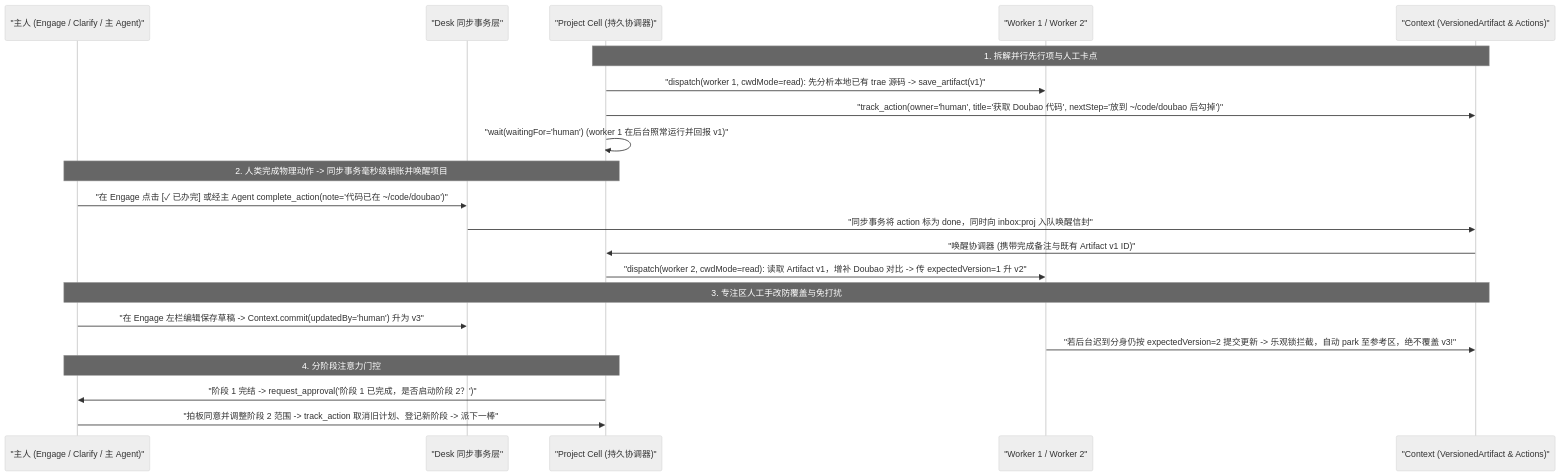
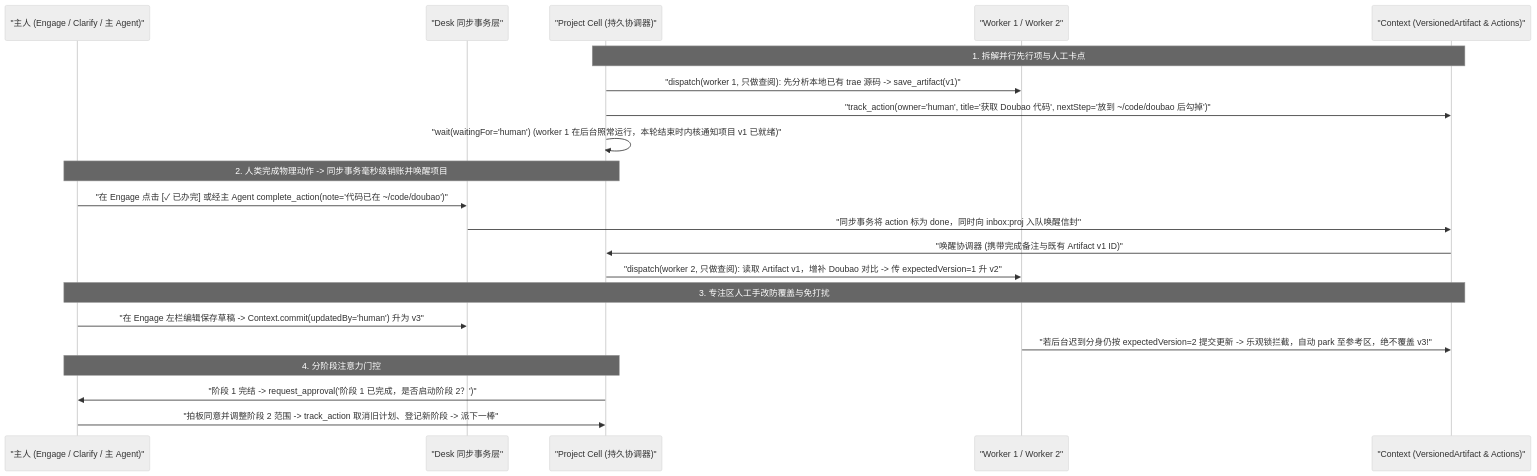
The diagram in docs/02-workflows/uc03-human-collaboration-and-engage.md (project-aoi/ng-agents), drawn with Mermaid (neutral theme) before and after one commit. The commit also changed other lines of this file and 188 other files, not shown here.

````diff
--- a/docs/02-workflows/uc03-human-collaboration-and-engage.md
+++ b/docs/02-workflows/uc03-human-collaboration-and-engage.md
@@ -23,27 +23,27 @@
 ```mermaid
 sequenceDiagram
     participant Human as "主人 (Engage / Clarify / 主 Agent)"
     participant Sync as "Desk 同步事务层"
     participant Proj as "Project Cell (持久协调器)"
     participant W as "Worker 1 / Worker 2"
     participant Ctx as "Context (VersionedArtifact & Actions)"
 
     Note over Proj,Ctx: 1. 拆解并行先行项与人工卡点
-    Proj->>W: "dispatch(worker 1, cwdMode=read): 先分析本地已有 trae 源码 -> save_artifact(v1)"
+    Proj->>W: "dispatch(worker 1, 只做查阅): 先分析本地已有 trae 源码 -> save_artifact(v1)"
     Proj->>Ctx: "track_action(owner='human', title='获取 Doubao 代码', nextStep='放到 ~/code/doubao 后勾掉')"
-    Proj->>Proj: "wait(waitingFor='human') (worker 1 在后台照常运行并回报 v1)"
+    Proj->>Proj: "wait(waitingFor='human') (worker 1 在后台照常运行，本轮结束时内核通知项目 v1 已就绪)"
 
     Note over Human,Proj: 2. 人类完成物理动作 -> 同步事务毫秒级销账并唤醒项目
     Human->>Sync: "在 Engage 点击 [✓ 已办完] 或经主 Agent complete_action(note='代码已在 ~/code/doubao')"
     Sync->>Ctx: "同步事务将 action 标为 done，同时向 inbox:proj 入队唤醒信封"
     Ctx->>Proj: "唤醒协调器 (携带完成备注与既有 Artifact v1 ID)"
-    Proj->>W: "dispatch(worker 2, cwdMode=read): 读取 Artifact v1，增补 Doubao 对比 -> 传 expectedVersion=1 升 v2"
+    Proj->>W: "dispatch(worker 2, 只做查阅): 读取 Artifact v1，增补 Doubao 对比 -> 传 expectedVersion=1 升 v2"
 
     Note over Human,Ctx: 3. 专注区人工手改防覆盖与免打扰
     Human->>Sync: "在 Engage 左栏编辑保存草稿 -> Context.commit(updatedBy='human') 升为 v3"
     W->>Ctx: "若后台迟到分身仍按 expectedVersion=2 提交更新 -> 乐观锁拦截，自动 park 至参考区，绝不覆盖 v3!"
 
     Note over Proj,Human: 4. 分阶段注意力门控
     Proj->>Human: "阶段 1 完结 -> request_approval('阶段 1 已完成，是否启动阶段 2？')"
     Human->>Proj: "拍板同意并调整阶段 2 范围 -> track_action 取消旧计划、登记新阶段 -> 派下一棒"
 ```
````
